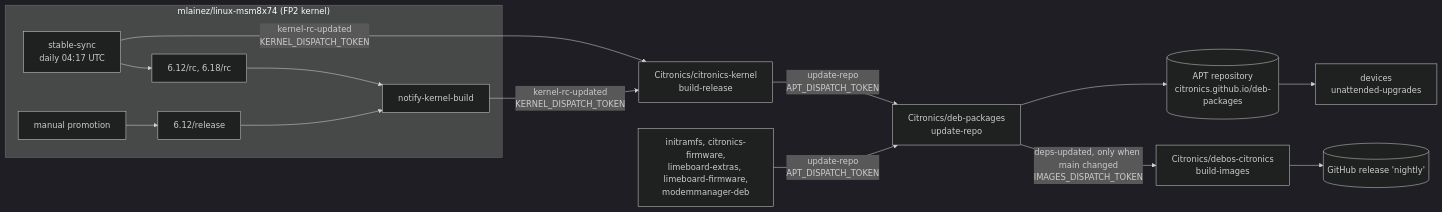
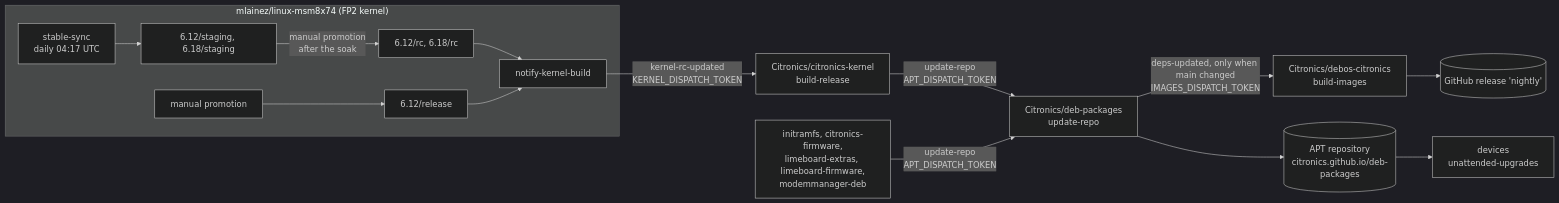
The diagram in docs/release-process.md (Citronics/deb-packages), drawn with Mermaid (dark theme) before and after one commit. The commit also changed other lines of this file, not shown here.

First line of the commit message:
docs: stable updates reach rc by promotion only

````diff
--- a/docs/release-process.md
+++ b/docs/release-process.md
@@ -10,17 +10,17 @@
 ```mermaid
 flowchart LR
   subgraph fork["mlainez/linux-msm8x74 (FP2 kernel)"]
-    SS["stable-sync<br/>daily 04:17 UTC"] --> RC["6.12/rc, 6.18/rc"]
+    SS["stable-sync<br/>daily 04:17 UTC"] --> ST["6.12/staging, 6.18/staging"]
+    ST -- "manual promotion<br/>after the soak" --> RC["6.12/rc, 6.18/rc"]
     PROMO["manual promotion"] --> REL["6.12/release"]
     RC --> NK["notify-kernel-build"]
     REL --> NK
   end
   NK -- "kernel-rc-updated<br/>KERNEL_DISPATCH_TOKEN" --> CK["Citronics/citronics-kernel<br/>build-release"]
-  SS -- "kernel-rc-updated<br/>KERNEL_DISPATCH_TOKEN" --> CK
   CK -- "update-repo<br/>APT_DISPATCH_TOKEN" --> DP["Citronics/deb-packages<br/>update-repo"]
   OTHER["initramfs, citronics-firmware,<br/>limeboard-extras, limeboard-firmware,<br/>modemmanager-deb"] -- "update-repo<br/>APT_DISPATCH_TOKEN" --> DP
   DP -- "deps-updated, only when main changed<br/>IMAGES_DISPATCH_TOKEN" --> IMG["Citronics/debos-citronics<br/>build-images"]
   DP --> APT[("APT repository<br/>citronics.github.io/deb-packages")]
   IMG --> NIGHTLY[("GitHub release 'nightly'")]
   APT --> DEV["devices<br/>unattended-upgrades"]
 ```
````
